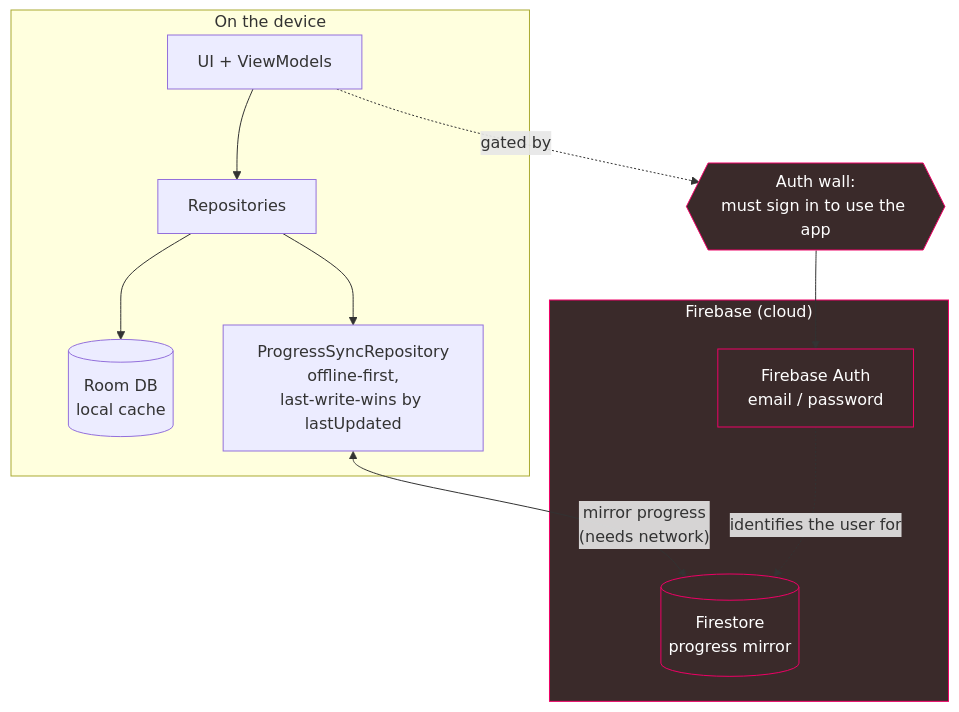
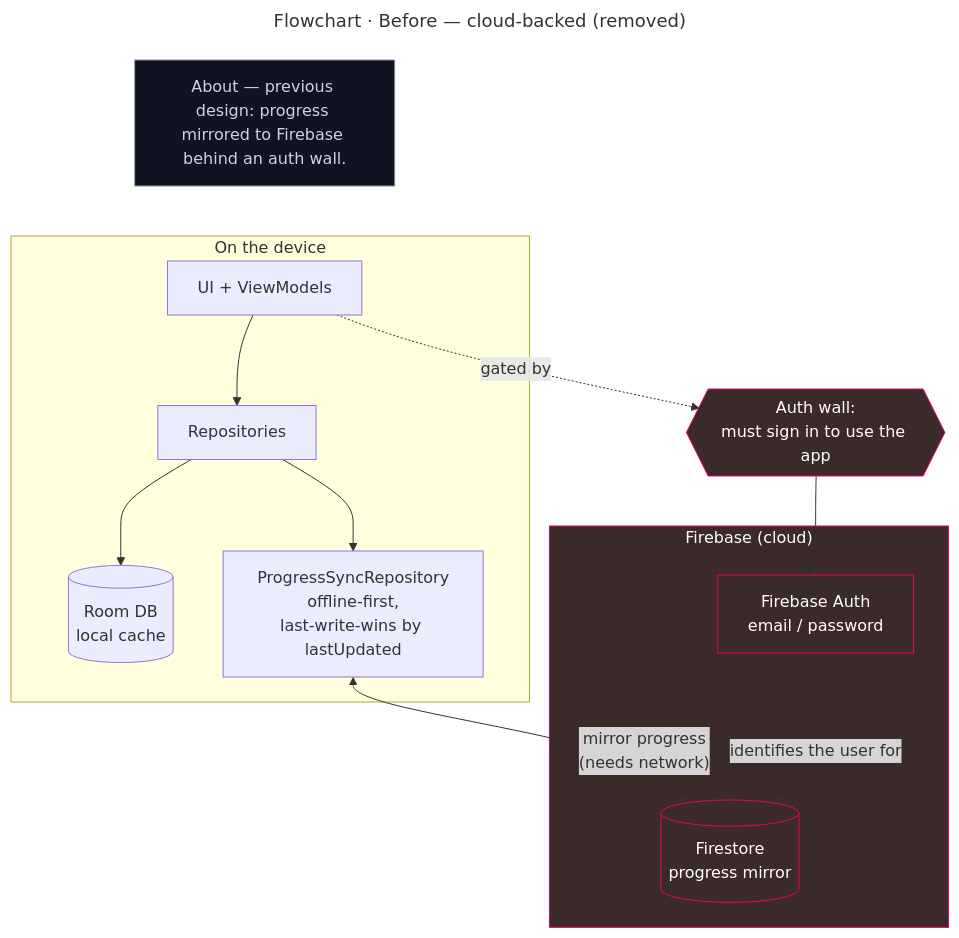
The eighth of 9 diagrams in Final Submission Project/ARCHITECTURE.md (DICEsda/Mobile-Application-Development-COURSE), drawn with Mermaid before and after one commit. The commit also changed other lines of this file and 9 other files, not shown here.

First line of the commit message:
docs: add in-image titles (graph type) and an About card to each diagram

````diff
--- a/Final Submission Project/ARCHITECTURE.md
+++ b/Final Submission Project/ARCHITECTURE.md
@@ -312,22 +350,28 @@
 ```mermaid
+---
+title: "Flowchart · Before — cloud-backed (removed)"
+---
 flowchart TB
+    classDef about fill:#0f1420,stroke:#8a93a6,color:#cdd3df
+    CARD["About — previous design: progress mirrored to Firebase behind an auth wall."]:::about
+    CARD ~~~ UIb
     subgraph Device["On the device"]
         UIb["UI + ViewModels"]
         Repob["Repositories"]
         Roomb[("Room DB<br/>local cache")]
         Sync["ProgressSyncRepository<br/>offline-first,<br/>last-write-wins by lastUpdated"]
         UIb --> Repob --> Roomb
         Repob --> Sync
     end
     subgraph FB["Firebase (cloud)"]
         Auth["Firebase Auth<br/>email / password"]
         FS[("Firestore<br/>progress mirror")]
     end
     Wall{{"Auth wall:<br/>must sign in to use the app"}}
     UIb -. gated by .-> Wall --> Auth
     Sync <-->|"mirror progress<br/>(needs network)"| FS
     Auth -. identifies the user for .-> FS
 
     classDef cloud fill:#3a2a2a,stroke:#e06,color:#fff
     class FB,Auth,FS,Wall cloud
 ```
````
